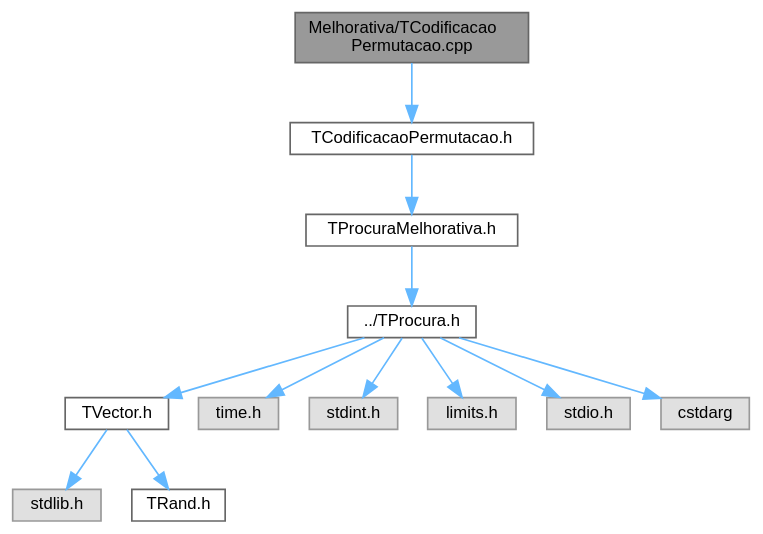
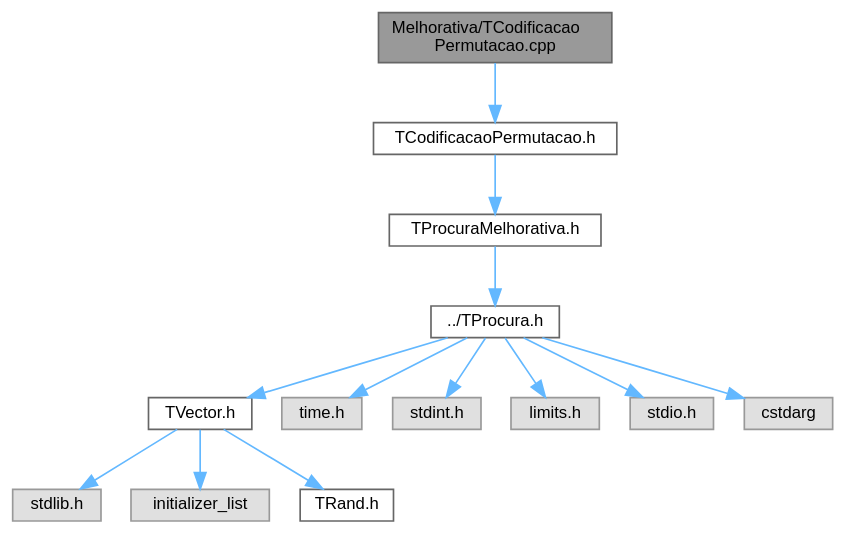
The diagram in TCodificacaoPermutacao_8cpp__incl.dot (jcoelho72/TProcura), drawn with Graphviz before and after one commit. The commit also changed 220 other files, not shown here.

```diff
--- a/TCodificacaoPermutacao_8cpp__incl.dot
+++ b/TCodificacaoPermutacao_8cpp__incl.dot
@@ -1,30 +1,32 @@
 digraph "Melhorativa/TCodificacaoPermutacao.cpp"
 {
  // LATEX_PDF_SIZE
   bgcolor="transparent";
   edge [fontname=Helvetica,fontsize=10,labelfontname=Helvetica,labelfontsize=10];
   node [fontname=Helvetica,fontsize=10,shape=box,height=0.2,width=0.4];
   Node1 [id="Node000001",label="Melhorativa/TCodificacao\lPermutacao.cpp",height=0.2,width=0.4,color="gray40", fillcolor="grey60", style="filled", fontcolor="black",tooltip=" "];
-  Node1 -> Node2 [id="edge12_Node000001_Node000002",color="steelblue1",style="solid",tooltip=" "];
+  Node1 -> Node2 [id="edge13_Node000001_Node000002",color="steelblue1",style="solid",tooltip=" "];
   Node2 [id="Node000002",label="TCodificacaoPermutacao.h",height=0.2,width=0.4,color="grey40", fillcolor="white", style="filled",URL="$TCodificacaoPermutacao_8h.html",tooltip=" "];
-  Node2 -> Node3 [id="edge13_Node000002_Node000003",color="steelblue1",style="solid",tooltip=" "];
+  Node2 -> Node3 [id="edge14_Node000002_Node000003",color="steelblue1",style="solid",tooltip=" "];
   Node3 [id="Node000003",label="TProcuraMelhorativa.h",height=0.2,width=0.4,color="grey40", fillcolor="white", style="filled",URL="$TProcuraMelhorativa_8h.html",tooltip=" "];
-  Node3 -> Node4 [id="edge14_Node000003_Node000004",color="steelblue1",style="solid",tooltip=" "];
+  Node3 -> Node4 [id="edge15_Node000003_Node000004",color="steelblue1",style="solid",tooltip=" "];
   Node4 [id="Node000004",label="../TProcura.h",height=0.2,width=0.4,color="grey40", fillcolor="white", style="filled",URL="$TProcura_8h.html",tooltip=" "];
-  Node4 -> Node5 [id="edge15_Node000004_Node000005",color="steelblue1",style="solid",tooltip=" "];
+  Node4 -> Node5 [id="edge16_Node000004_Node000005",color="steelblue1",style="solid",tooltip=" "];
   Node5 [id="Node000005",label="TVector.h",height=0.2,width=0.4,color="grey40", fillcolor="white", style="filled",URL="$TVector_8h.html",tooltip="Vetor dinâmico genérico com operações de pilha, conjuntos e algoritmos úteis."];
-  Node5 -> Node6 [id="edge16_Node000005_Node000006",color="steelblue1",style="solid",tooltip=" "];
+  Node5 -> Node6 [id="edge17_Node000005_Node000006",color="steelblue1",style="solid",tooltip=" "];
   Node6 [id="Node000006",label="stdlib.h",height=0.2,width=0.4,color="grey60", fillcolor="#E0E0E0", style="filled",tooltip=" "];
-  Node5 -> Node7 [id="edge17_Node000005_Node000007",color="steelblue1",style="solid",tooltip=" "];
-  Node7 [id="Node000007",label="TRand.h",height=0.2,width=0.4,color="grey40", fillcolor="white", style="filled",URL="$TRand_8h.html",tooltip="Interface para geração de números aleatórios independentes do sistema operativo."];
-  Node4 -> Node8 [id="edge18_Node000004_Node000008",color="steelblue1",style="solid",tooltip=" "];
-  Node8 [id="Node000008",label="time.h",height=0.2,width=0.4,color="grey60", fillcolor="#E0E0E0", style="filled",tooltip=" "];
-  Node4 -> Node9 [id="edge19_Node000004_Node000009",color="steelblue1",style="solid",tooltip=" "];
-  Node9 [id="Node000009",label="stdint.h",height=0.2,width=0.4,color="grey60", fillcolor="#E0E0E0", style="filled",tooltip=" "];
-  Node4 -> Node10 [id="edge20_Node000004_Node000010",color="steelblue1",style="solid",tooltip=" "];
-  Node10 [id="Node000010",label="limits.h",height=0.2,width=0.4,color="grey60", fillcolor="#E0E0E0", style="filled",tooltip=" "];
-  Node4 -> Node11 [id="edge21_Node000004_Node000011",color="steelblue1",style="solid",tooltip=" "];
-  Node11 [id="Node000011",label="stdio.h",height=0.2,width=0.4,color="grey60", fillcolor="#E0E0E0", style="filled",tooltip=" "];
-  Node4 -> Node12 [id="edge22_Node000004_Node000012",color="steelblue1",style="solid",tooltip=" "];
-  Node12 [id="Node000012",label="cstdarg",height=0.2,width=0.4,color="grey60", fillcolor="#E0E0E0", style="filled",tooltip=" "];
+  Node5 -> Node7 [id="edge18_Node000005_Node000007",color="steelblue1",style="solid",tooltip=" "];
+  Node7 [id="Node000007",label="initializer_list",height=0.2,width=0.4,color="grey60", fillcolor="#E0E0E0", style="filled",tooltip=" "];
+  Node5 -> Node8 [id="edge19_Node000005_Node000008",color="steelblue1",style="solid",tooltip=" "];
+  Node8 [id="Node000008",label="TRand.h",height=0.2,width=0.4,color="grey40", fillcolor="white", style="filled",URL="$TRand_8h.html",tooltip="Interface para geração de números aleatórios independentes do sistema operativo."];
+  Node4 -> Node9 [id="edge20_Node000004_Node000009",color="steelblue1",style="solid",tooltip=" "];
+  Node9 [id="Node000009",label="time.h",height=0.2,width=0.4,color="grey60", fillcolor="#E0E0E0", style="filled",tooltip=" "];
+  Node4 -> Node10 [id="edge21_Node000004_Node000010",color="steelblue1",style="solid",tooltip=" "];
+  Node10 [id="Node000010",label="stdint.h",height=0.2,width=0.4,color="grey60", fillcolor="#E0E0E0", style="filled",tooltip=" "];
+  Node4 -> Node11 [id="edge22_Node000004_Node000011",color="steelblue1",style="solid",tooltip=" "];
+  Node11 [id="Node000011",label="limits.h",height=0.2,width=0.4,color="grey60", fillcolor="#E0E0E0", style="filled",tooltip=" "];
+  Node4 -> Node12 [id="edge23_Node000004_Node000012",color="steelblue1",style="solid",tooltip=" "];
+  Node12 [id="Node000012",label="stdio.h",height=0.2,width=0.4,color="grey60", fillcolor="#E0E0E0", style="filled",tooltip=" "];
+  Node4 -> Node13 [id="edge24_Node000004_Node000013",color="steelblue1",style="solid",tooltip=" "];
+  Node13 [id="Node000013",label="cstdarg",height=0.2,width=0.4,color="grey60", fillcolor="#E0E0E0", style="filled",tooltip=" "];
 }
```
